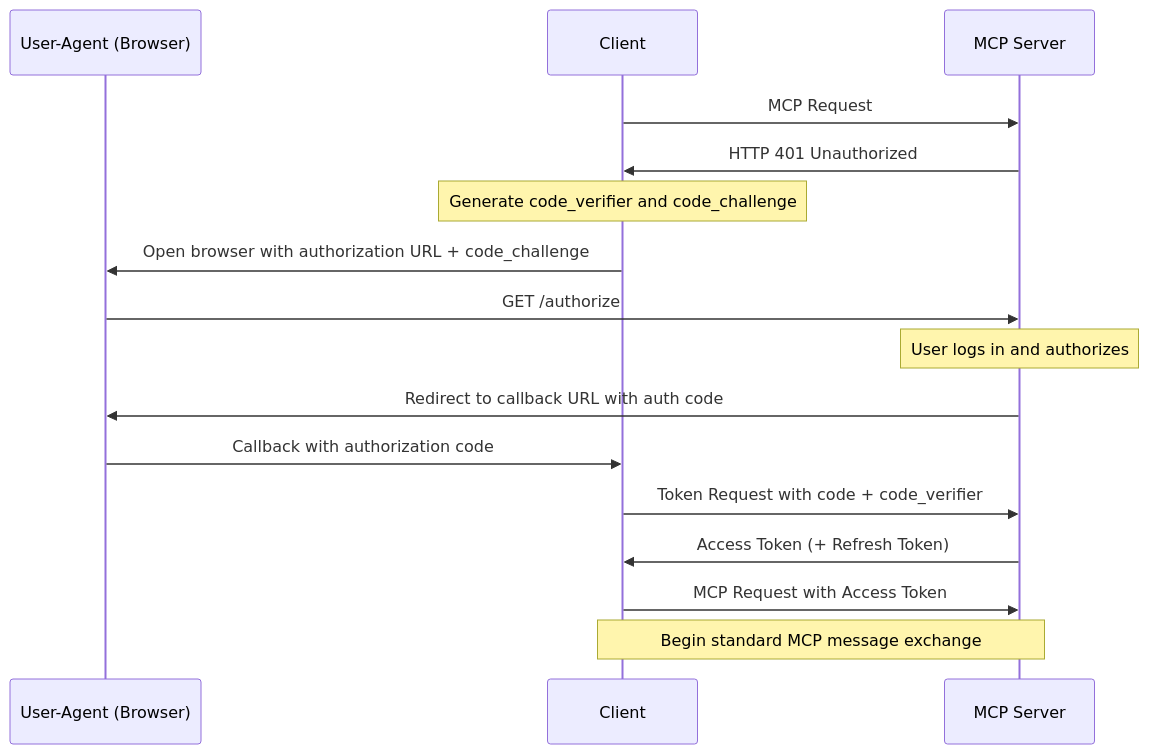
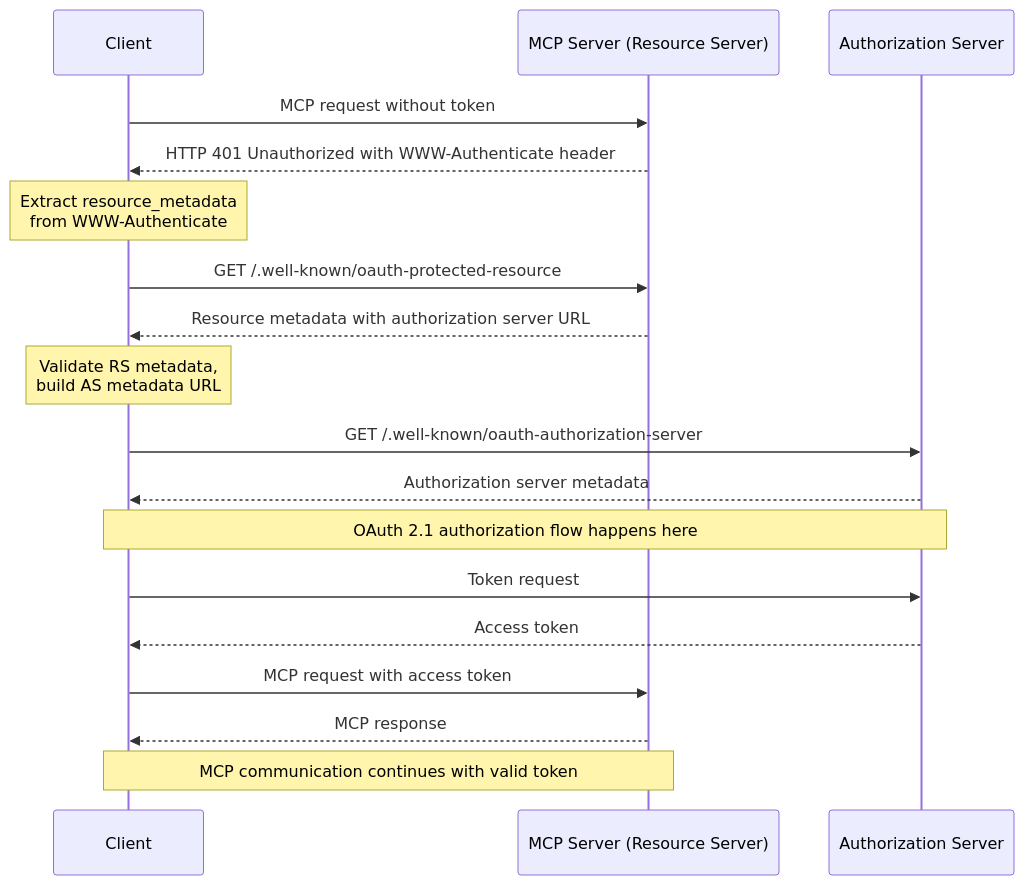
The first of 2 diagrams in spec/authorization.md (platformatic/mcp), drawn with Mermaid before and after one commit. The commit also changed other lines of this file and 6 other files, not shown here.

````diff
--- a/spec/authorization.md
+++ b/spec/authorization.md
@@ -85,19 +103,26 @@
 ```mermaid
 sequenceDiagram
-    participant B as User-Agent (Browser)
     participant C as Client
-    participant M as MCP Server
+    participant M as MCP Server (Resource Server)
+    participant A as Authorization Server
 
-    C->>M: MCP Request
-    M->>C: HTTP 401 Unauthorized
-    Note over C: Generate code_verifier and code_challenge
-    C->>B: Open browser with authorization URL + code_challenge
-    B->>M: GET /authorize
-    Note over M: User logs in and authorizes
-    M->>B: Redirect to callback URL with auth code
-    B->>C: Callback with authorization code
-    C->>M: Token Request with code + code_verifier
-    M->>C: Access Token (+ Refresh Token)
-    C->>M: MCP Request with Access Token
-    Note over C,M: Begin standard MCP message exchange
+    C->>M: MCP request without token
+    M-->>C: HTTP 401 Unauthorized with WWW-Authenticate header
+    Note over C: Extract resource_metadata<br />from WWW-Authenticate
+
+    C->>M: GET /.well-known/oauth-protected-resource
+    M-->>C: Resource metadata with authorization server URL
+    Note over C: Validate RS metadata,<br />build AS metadata URL
+
+    C->>A: GET /.well-known/oauth-authorization-server
+    A-->>C: Authorization server metadata
+
+    Note over C,A: OAuth 2.1 authorization flow happens here
+
+    C->>A: Token request
+    A-->>C: Access token
+
+    C->>M: MCP request with access token
+    M-->>C: MCP response
+    Note over C,M: MCP communication continues with valid token
 ```
````
